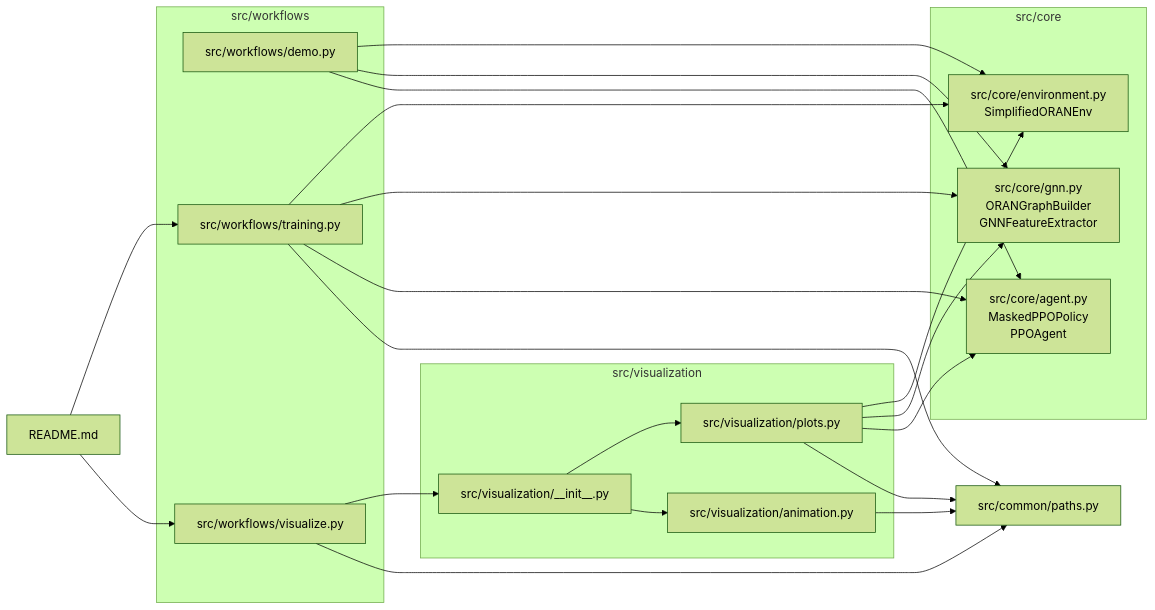
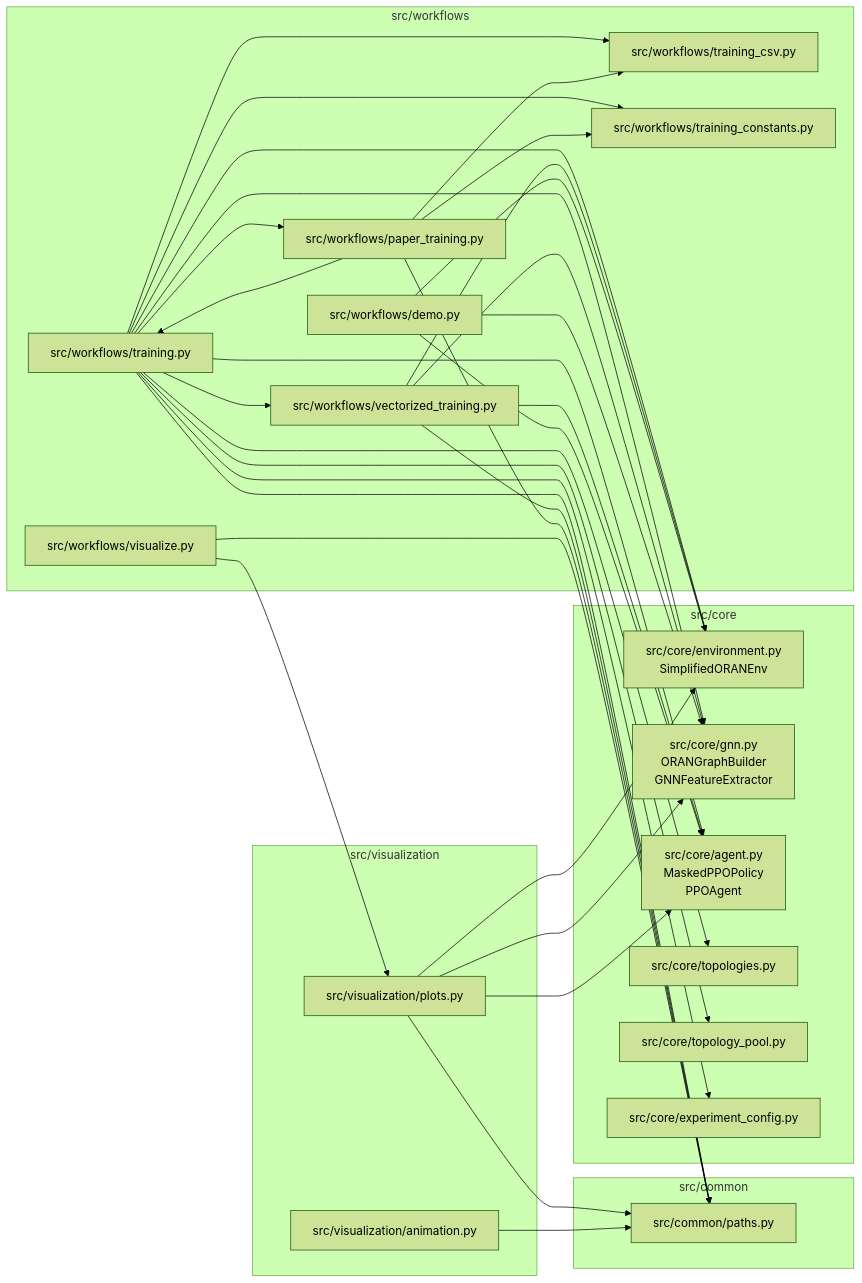
The second of 12 diagrams in ARCHITECTURE.md (DrGMark7/ORAN-GPPO), drawn with Mermaid (forest theme) before and after one commit. The commit also changed other lines of this file and 33 other files, not shown here.

````diff
--- a/ARCHITECTURE.md
+++ b/ARCHITECTURE.md
@@ -50,47 +50,66 @@
 ```mermaid
 flowchart LR
+    subgraph Common[src/common]
+        Paths[src/common/paths.py]
+    end
+
     subgraph Core[src/core]
         Env[src/core/environment.py\nSimplifiedORANEnv]
         GNN[src/core/gnn.py\nORANGraphBuilder\nGNNFeatureExtractor]
         Agent[src/core/agent.py\nMaskedPPOPolicy\nPPOAgent]
+        Topologies[src/core/topologies.py]
+        Pools[src/core/topology_pool.py]
+        Config[src/core/experiment_config.py]
     end
 
     subgraph Workflows[src/workflows]
         Demo[src/workflows/demo.py]
         Training[src/workflows/training.py]
+        Vectorized[src/workflows/vectorized_training.py]
+        Paper[src/workflows/paper_training.py]
+        Csv[src/workflows/training_csv.py]
+        Constants[src/workflows/training_constants.py]
         Visualize[src/workflows/visualize.py]
     end
 
     subgraph Visualization[src/visualization]
         Plots[src/visualization/plots.py]
         Animation[src/visualization/animation.py]
-        VizInit[src/visualization/__init__.py]
     end
 
-    Paths[src/common/paths.py]
-    Readme[README.md]
+    Training --> Env
+    Training --> GNN
+    Training --> Agent
+    Training --> Topologies
+    Training --> Pools
+    Training --> Config
+    Training --> Paths
+    Training --> Csv
+    Training --> Constants
+    Training --> Paper
+    Training --> Vectorized
+
+    Vectorized --> Env
+    Vectorized --> GNN
+    Vectorized --> Agent
+    Vectorized --> Paths
+
+    Paper --> Training
+    Paper --> Csv
+    Paper --> Constants
+    Paper --> Paths
 
     Demo --> Env
     Demo --> GNN
     Demo --> Agent
 
-    Training --> Env
-    Training --> GNN
-    Training --> Agent
-    Training --> Paths
-
-    Visualize --> VizInit
     Visualize --> Paths
-    VizInit --> Plots
-    VizInit --> Animation
+    Visualize --> Plots
 
     Plots --> Env
     Plots --> GNN
     Plots --> Agent
     Plots --> Paths
 
     Animation --> Paths
-
-    Readme --> Training
-    Readme --> Visualize
 ```
````
